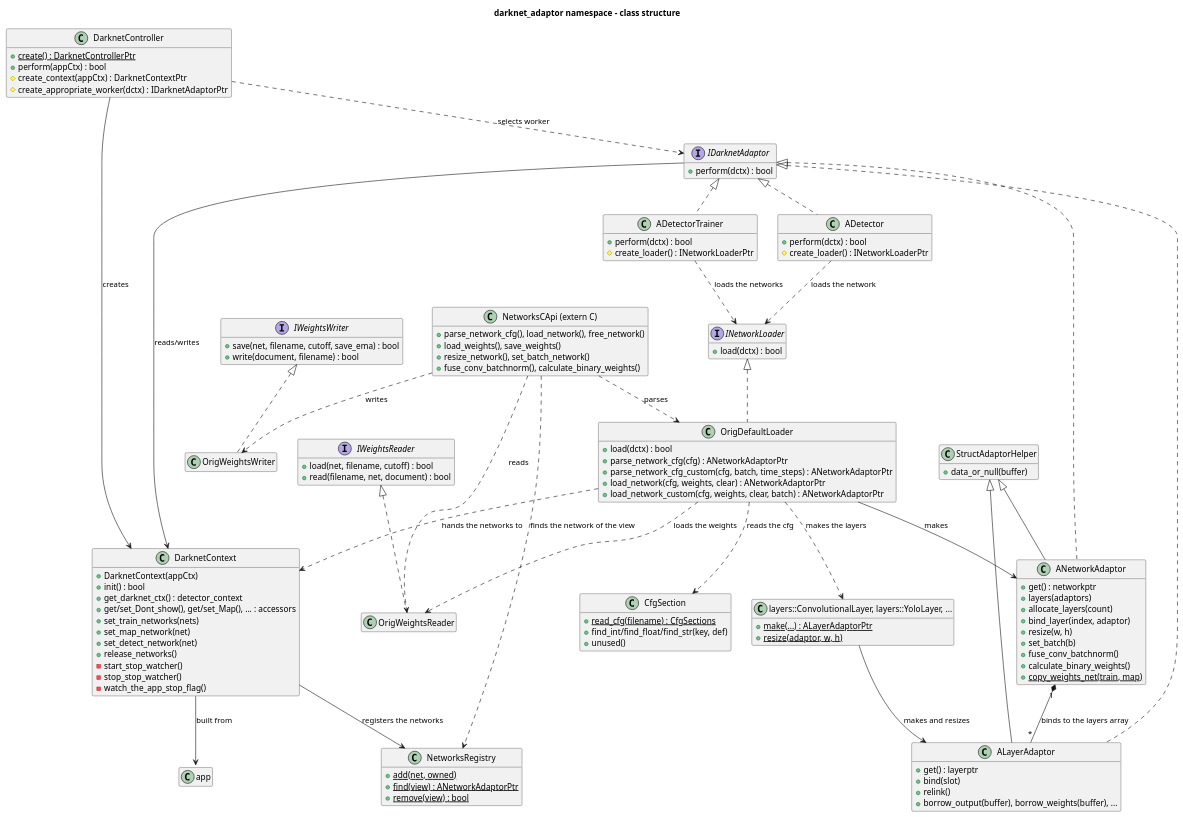
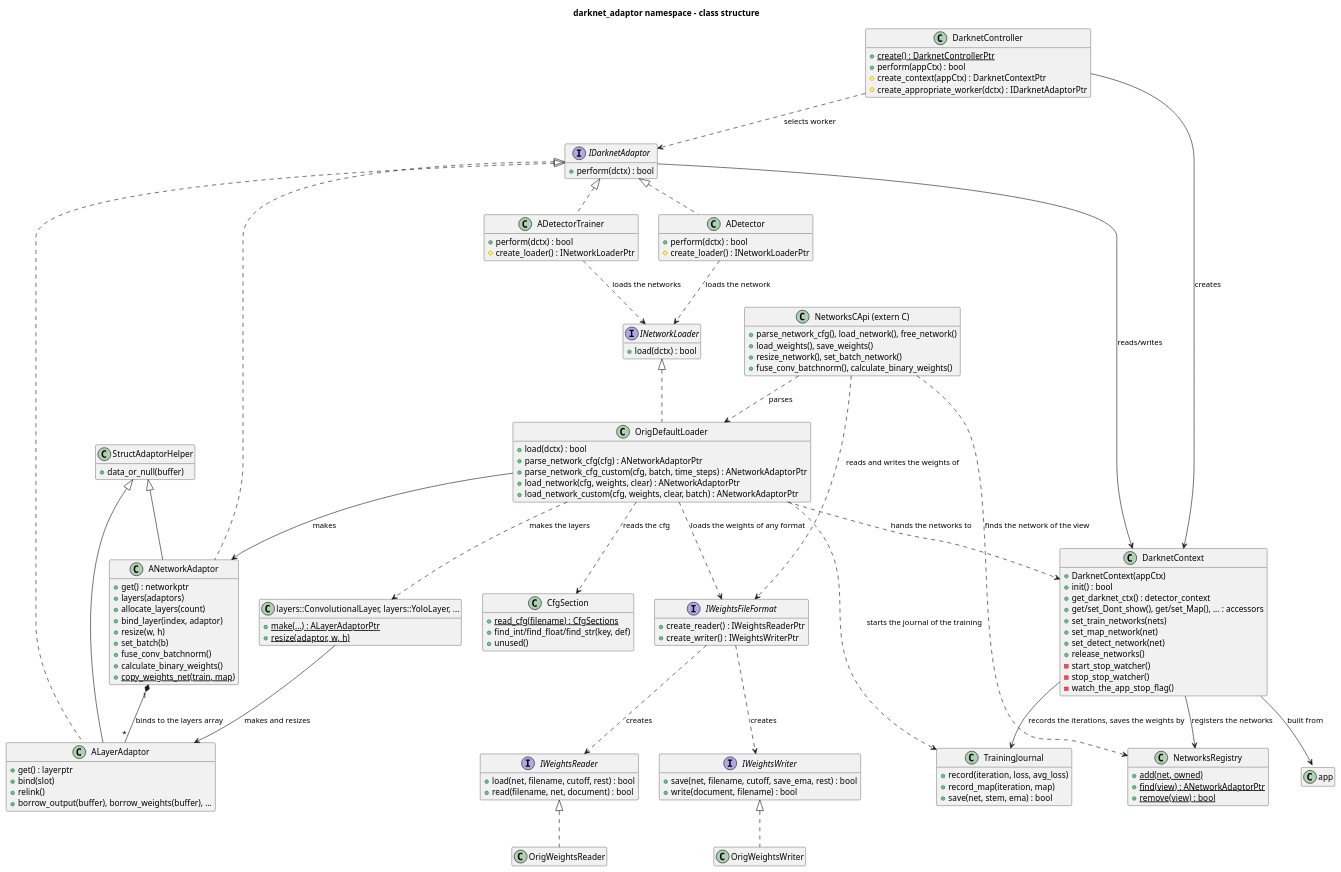
One commit to yuriysydor1991/darknetxx changed the diagram in doc/diagrams/darknet-adaptor-classes.puml. Above: the diagram before and after it, drawn with PlantUML. The commit also changed 98 other files, not shown here.

```diff
--- a/doc/diagrams/darknet-adaptor-classes.puml
+++ b/doc/diagrams/darknet-adaptor-classes.puml
@@ -1,142 +1,156 @@
 @startuml darknet-adaptor-classes
 title darknet_adaptor namespace - class structure
 
 skinparam shadowing false
 hide empty members
 
 class DarknetController {
   +{static} create() : DarknetControllerPtr
   +perform(appCtx) : bool
   #create_context(appCtx) : DarknetContextPtr
   #create_appropriate_worker(dctx) : IDarknetAdaptorPtr
 }
 
 class DarknetContext {
   +DarknetContext(appCtx)
   +init() : bool
   +get_darknet_ctx() : detector_context
   +get/set_Dont_show(), get/set_Map(), ... : accessors
   +set_train_networks(nets)
   +set_map_network(net)
   +set_detect_network(net)
   +release_networks()
   -start_stop_watcher()
   -stop_stop_watcher()
   -watch_the_app_stop_flag()
 }
 
 interface IDarknetAdaptor {
   +perform(dctx) : bool
 }
 
 class ADetector {
   +perform(dctx) : bool
   #create_loader() : INetworkLoaderPtr
 }
 class ADetectorTrainer {
   +perform(dctx) : bool
   #create_loader() : INetworkLoaderPtr
 }
 
 interface INetworkLoader {
   +load(dctx) : bool
 }
 
 class OrigDefaultLoader {
   +load(dctx) : bool
   +parse_network_cfg(cfg) : ANetworkAdaptorPtr
   +parse_network_cfg_custom(cfg, batch, time_steps) : ANetworkAdaptorPtr
   +load_network(cfg, weights, clear) : ANetworkAdaptorPtr
   +load_network_custom(cfg, weights, clear, batch) : ANetworkAdaptorPtr
 }
 
 class CfgSection {
   +{static} read_cfg(filename) : CfgSections
   +find_int/find_float/find_str(key, def)
   +unused()
 }
 
 interface IWeightsReader {
-  +load(net, filename, cutoff) : bool
+  +load(net, filename, cutoff, rest) : bool
   +read(filename, net, document) : bool
 }
 
 interface IWeightsWriter {
-  +save(net, filename, cutoff, save_ema) : bool
+  +save(net, filename, cutoff, save_ema, rest) : bool
   +write(document, filename) : bool
+}
+
+interface IWeightsFileFormat {
+  +create_reader() : IWeightsReaderPtr
+  +create_writer() : IWeightsWriterPtr
 }
 
 class OrigWeightsReader
 class OrigWeightsWriter
+
+class TrainingJournal {
+  +record(iteration, loss, avg_loss)
+  +record_map(iteration, map)
+  +save(net, stem, ema) : bool
+}
 
 class ANetworkAdaptor {
   +get() : networkptr
   +layers(adaptors)
   +allocate_layers(count)
   +bind_layer(index, adaptor)
   +resize(w, h)
   +set_batch(b)
   +fuse_conv_batchnorm()
   +calculate_binary_weights()
   +{static} copy_weights_net(train, map)
 }
 
 class ALayerAdaptor {
   +get() : layerptr
   +bind(slot)
   +relink()
   +borrow_output(buffer), borrow_weights(buffer), ...
 }
 
 class "layers::ConvolutionalLayer, layers::YoloLayer, ..." as Layers {
   +{static} make(...) : ALayerAdaptorPtr
   +{static} resize(adaptor, w, h)
 }
 
 class NetworksRegistry {
   +{static} add(net, owned)
   +{static} find(view) : ANetworkAdaptorPtr
   +{static} remove(view) : bool
 }
 
 class "NetworksCApi (extern C)" as NetworksCApi {
   +parse_network_cfg(), load_network(), free_network()
   +load_weights(), save_weights()
   +resize_network(), set_batch_network()
   +fuse_conv_batchnorm(), calculate_binary_weights()
 }
 
 class StructAdaptorHelper {
   +data_or_null(buffer)
 }
 
 IDarknetAdaptor <|.. ADetector
 IDarknetAdaptor <|.. ADetectorTrainer
 IDarknetAdaptor <|.. ALayerAdaptor
 IDarknetAdaptor <|.. ANetworkAdaptor
 INetworkLoader <|.. OrigDefaultLoader
 IWeightsReader <|.. OrigWeightsReader
 IWeightsWriter <|.. OrigWeightsWriter
 StructAdaptorHelper <|-- ALayerAdaptor
 StructAdaptorHelper <|-- ANetworkAdaptor
 
 DarknetController --> DarknetContext : creates
 DarknetController ..> IDarknetAdaptor : selects worker
 IDarknetAdaptor --> DarknetContext : reads/writes
 ADetector ..> INetworkLoader : loads the network
 ADetectorTrainer ..> INetworkLoader : loads the networks
 OrigDefaultLoader ..> CfgSection : reads the cfg
 OrigDefaultLoader ..> Layers : makes the layers
-OrigDefaultLoader ..> OrigWeightsReader : loads the weights
+OrigDefaultLoader ..> IWeightsFileFormat : loads the weights of any format
+OrigDefaultLoader ..> TrainingJournal : starts the journal of the training
+IWeightsFileFormat ..> IWeightsReader : creates
+IWeightsFileFormat ..> IWeightsWriter : creates
+DarknetContext --> TrainingJournal : records the iterations, saves the weights by
 OrigDefaultLoader --> ANetworkAdaptor : makes
 OrigDefaultLoader ..> DarknetContext : hands the networks to
 Layers --> ALayerAdaptor : makes and resizes
 ANetworkAdaptor "1" *-- "*" ALayerAdaptor : binds to the layers array
 DarknetContext --> NetworksRegistry : registers the networks
 NetworksCApi ..> NetworksRegistry : finds the network of the view
 NetworksCApi ..> OrigDefaultLoader : parses
-NetworksCApi ..> OrigWeightsReader : reads
-NetworksCApi ..> OrigWeightsWriter : writes
+NetworksCApi ..> IWeightsFileFormat : reads and writes the weights of
 DarknetContext --> "app::ApplicationContext" : built from
 
 @enduml
```
